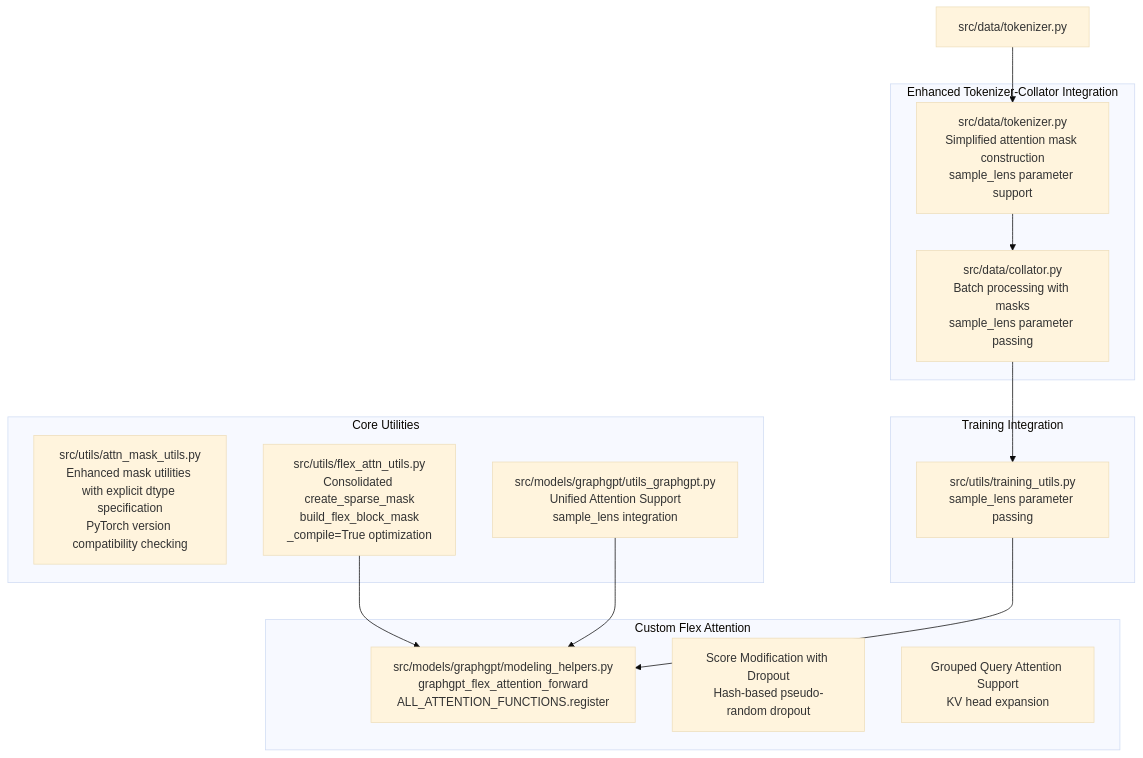
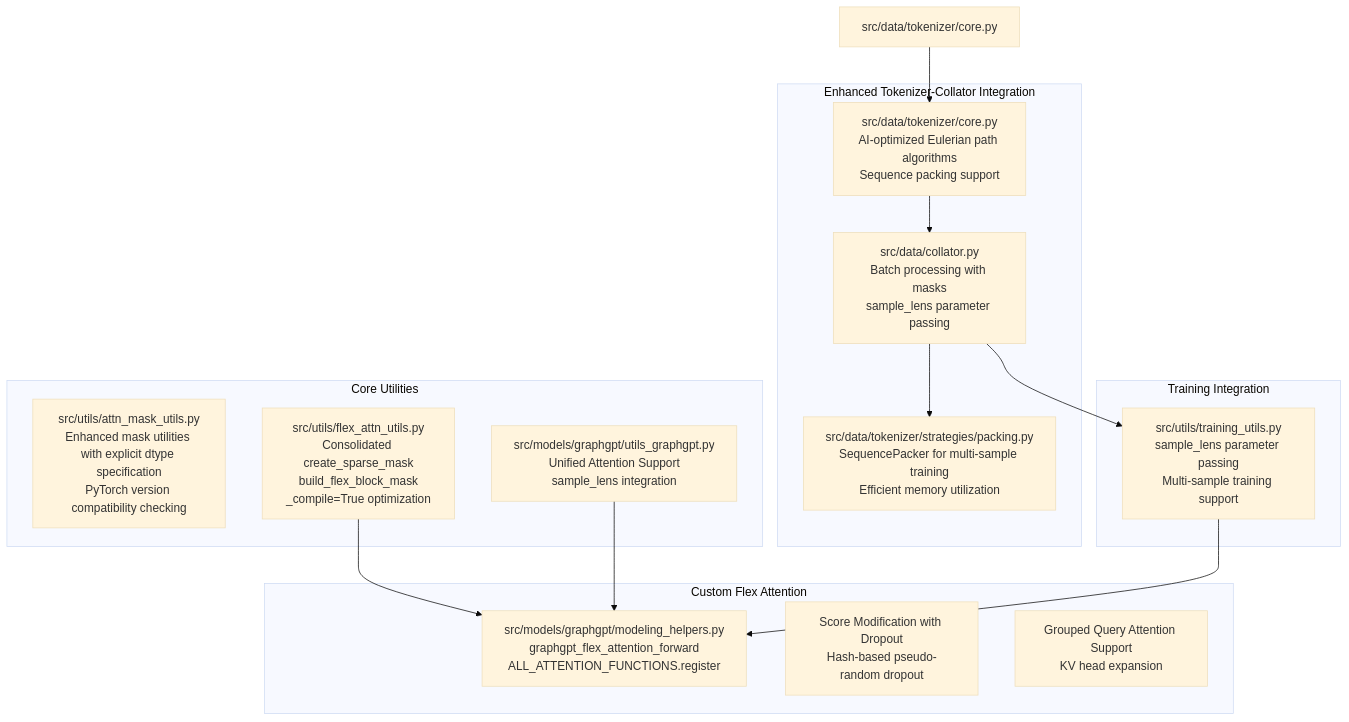
Before and after one commit to alibaba/graph-gpt: the first of 12 diagrams in .qoder/repowiki/en/content/Utility Functions/Attention Mask Utilities.md, drawn with Mermaid (base theme). The commit also changed other lines of this file and 9 other files, not shown here.

````diff
--- a/.qoder/repowiki/en/content/Utility Functions/Attention Mask Utilities.md
+++ b/.qoder/repowiki/en/content/Utility Functions/Attention Mask Utilities.md
@@ -47,26 +56,28 @@
 ```mermaid
 graph TB
 subgraph "Enhanced Tokenizer-Collator Integration"
-TC1["src/data/tokenizer.py<br/>Simplified attention mask construction<br/>sample_lens parameter support"]
+TC1["src/data/tokenizer/core.py<br/>AI-optimized Eulerian path algorithms<br/>Sequence packing support"]
 CC1["src/data/collator.py<br/>Batch processing with masks<br/>sample_lens parameter passing"]
+PP1["src/data/tokenizer/strategies/packing.py<br/>SequencePacker for multi-sample training<br/>Efficient memory utilization"]
 end
 subgraph "Custom Flex Attention"
 CF1["src/models/graphgpt/modeling_helpers.py<br/>graphgpt_flex_attention_forward<br/>ALL_ATTENTION_FUNCTIONS.register"]
 CF2["Score Modification with Dropout<br/>Hash-based pseudo-random dropout"]
 CF3["Grouped Query Attention Support<br/>KV head expansion"]
 end
 subgraph "Core Utilities"
 U1["src/utils/attn_mask_utils.py<br/>Enhanced mask utilities with explicit dtype specification<br/>PyTorch version compatibility checking"]
 U2["src/utils/flex_attn_utils.py<br/>Consolidated create_sparse_mask<br/>build_flex_block_mask<br/>_compile=True optimization"]
 U3["src/models/graphgpt/utils_graphgpt.py<br/>Unified Attention Support<br/>sample_lens integration"]
 end
 subgraph "Training Integration"
-TU1["src/utils/training_utils.py<br/>sample_lens parameter passing"]
+TU1["src/utils/training_utils.py<br/>sample_lens parameter passing<br/>Multi-sample training support"]
 end
-T1["src/data/tokenizer.py"] --> TC1
+T1["src/data/tokenizer/core.py"] --> TC1
 TC1 --> CC1
+CC1 --> PP1
 CC1 --> TU1
 U2 --> CF1
 U3 --> CF1
 TU1 --> CF1
 ```
````
